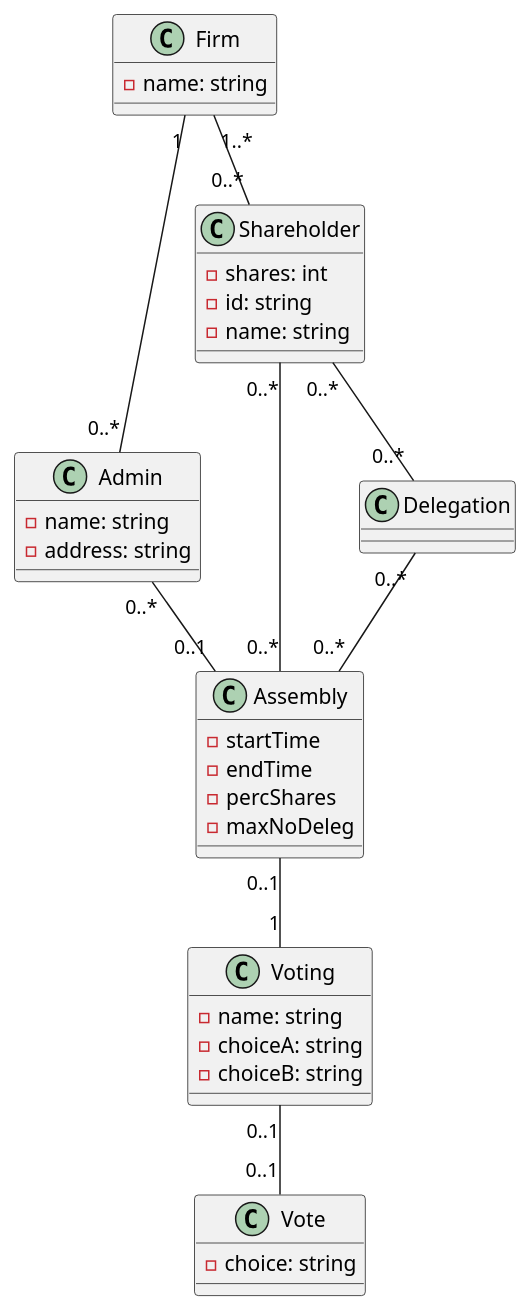
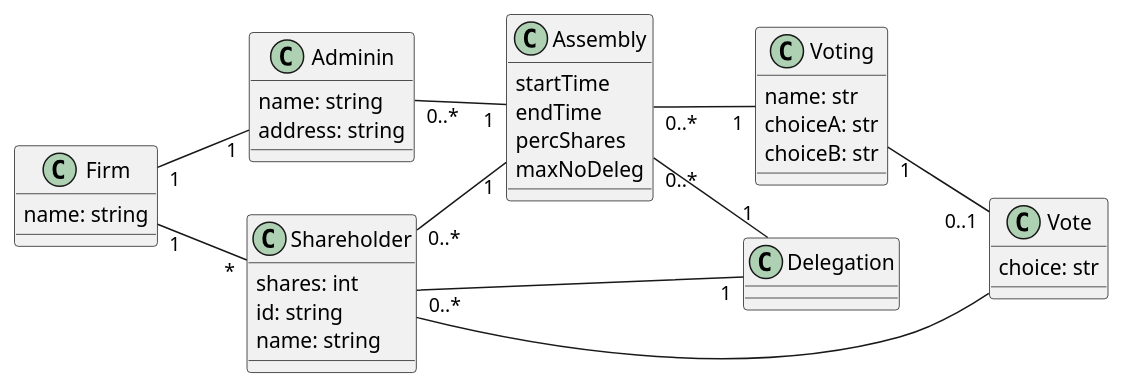
Before and after one commit to waltatgit/uml: the diagram in GPT-5/49.jpg.only.plantuml, drawn with PlantUML. The commit also changed 479 other files, not shown here.

```diff
--- a/GPT-5/49.jpg.only.plantuml
+++ b/GPT-5/49.jpg.only.plantuml
@@ -1,47 +1,58 @@
 @startuml
+' TODO: The class name "Adminin" is taken verbatim from the diagram; if it was intended to be "Admin", rename accordingly.
+' TODO: Types for Assembly attributes are not shown; kept untyped.
+' TODO: Some multiplicities are hard to read; best-effort assumptions noted on each association.
+
+left to right direction
 
 class Firm {
-    - name: string
+  name: string
 }
 
-class Admin {
-    - name: string
-    - address: string
+class Adminin {
+  name: string
+  address: string
 }
 
 class Shareholder {
-    - shares: int
-    - id: string
-    - name: string
+  shares: int
+  id: string
+  name: string
 }
 
 class Assembly {
-    - startTime
-    - endTime
-    - percShares
-    - maxNoDeleg
+  startTime
+  endTime
+  percShares
+  maxNoDeleg
 }
 
 class Delegation {
 }
 
 class Voting {
-    - name: string
-    - choiceA: string
-    - choiceB: string
+  name: str
+  choiceA: str
+  choiceB: str
 }
 
 class Vote {
-    - choice: string
+  choice: str
 }
 
-Firm "1" -- "0..*" Admin
-Admin "0..*" -- "0..1" Assembly
-Firm "1..*" -- "0..*" Shareholder
-Shareholder "0..*" -- "0..*" Assembly
-Shareholder "0..*" -- "0..*" Delegation
-Delegation "0..*" -- "0..*" Assembly
-Assembly "0..1" -- "1" Voting
-Voting "0..1" -- "0..1" Vote
+' Relationships
+Firm "1" -- "1" Adminin
+Firm "1" -- "*" Shareholder
 
+Adminin "0..*" -- "1" Assembly
+
+Shareholder "0..*" -- "1" Assembly
+
+Shareholder "0..*" -- "1" Delegation
+Assembly  "0..*" -- "1" Delegation
+
+Assembly "0..*" -- "1" Voting
+Voting  "1" -- "0..1" Vote
+
+Shareholder -- Vote
 @enduml
```
